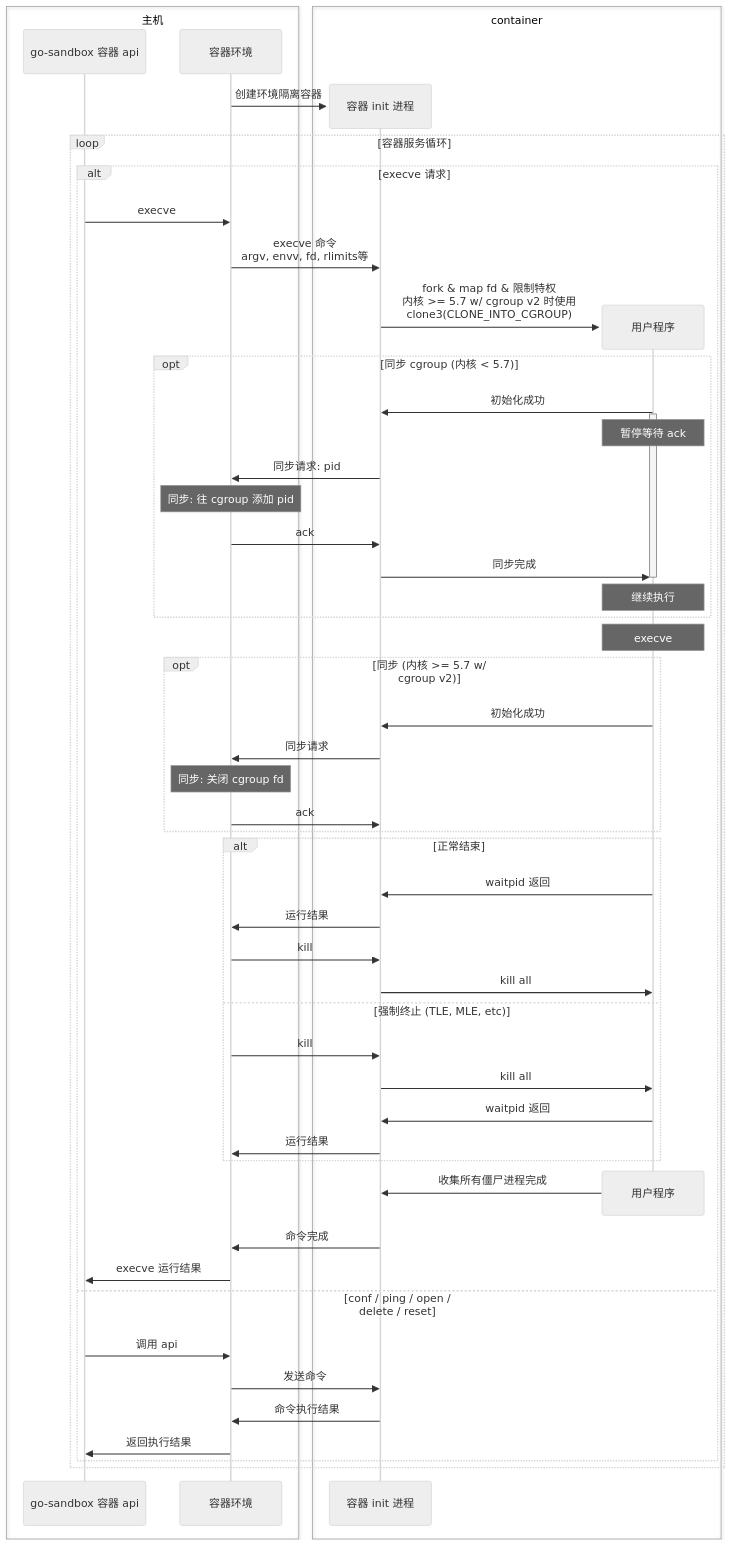
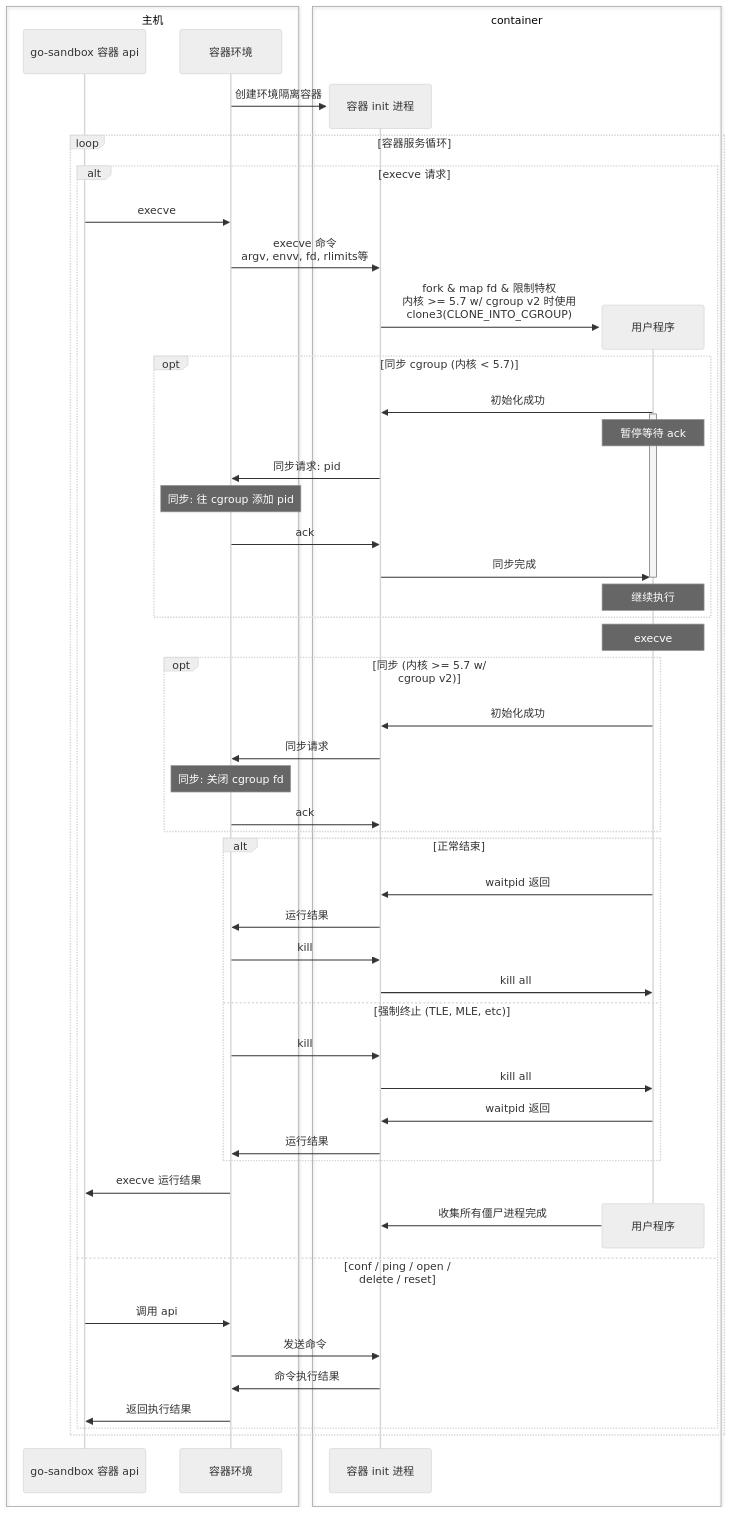
Before and after one commit to criyle/go-judge-doc: the third of 3 diagrams in src/cn/design.md, drawn with Mermaid (neutral theme). The commit also changed 3 other files, not shown here.

````diff
--- a/src/cn/design.md
+++ b/src/cn/design.md
@@ -144,74 +144,73 @@
 ```mermaid
 sequenceDiagram
 
 box 主机
 participant u as go-sandbox 容器 api
 participant s as 容器环境
 end
 
 create participant c
 s ->> c: 创建环境隔离容器
 
 loop 容器服务循环
 alt execve 请求
 
 u ->> s: execve
 
 s ->> c: execve 命令 <br/> argv, envv, fd, rlimits等
 create participant e
 c ->> e: fork & map fd & 限制特权 <br/> 内核 >= 5.7 w/ cgroup v2 时使用 <br/> clone3(CLONE_INTO_CGROUP)
 
 opt 同步 cgroup (内核 < 5.7)
 e ->> c: 初始化成功
 activate e
 note over e: 暂停等待 ack
 c ->> s: 同步请求: pid
 note over s: 同步: 往 cgroup 添加 pid
 s ->> c: ack
 c ->> e: 同步完成
 deactivate e
 note over e: 继续执行
 end
 
 note over e: execve
 
 opt 同步 (内核 >= 5.7 w/ cgroup v2)
 e ->> c: 初始化成功
 c ->> s: 同步请求
 note over s: 同步: 关闭 cgroup fd
 s ->> c: ack
 end
 
 alt 正常结束
 e ->> c: waitpid 返回
 c ->> s: 运行结果
 s ->> c: kill
 c ->> e: kill all 
 else 强制终止 (TLE, MLE, etc)
 s ->> c: kill
 c ->> e: kill all 
 e ->> c: waitpid 返回
 c ->> s: 运行结果
 end
 
+s ->> u: execve 运行结果
+
 destroy e
 e ->> c: 收集所有僵尸进程完成
-c ->> s: 命令完成
-
-s ->> u: execve 运行结果
 
 else conf / ping / open / delete / reset 
 
 u ->> s: 调用 api
 s ->> c: 发送命令
 c ->> s: 命令执行结果
 s ->> u: 返回执行结果
 
 end
 end
 
 box container
 participant c as 容器 init 进程
 participant e as 用户程序
 end
 ```
````
